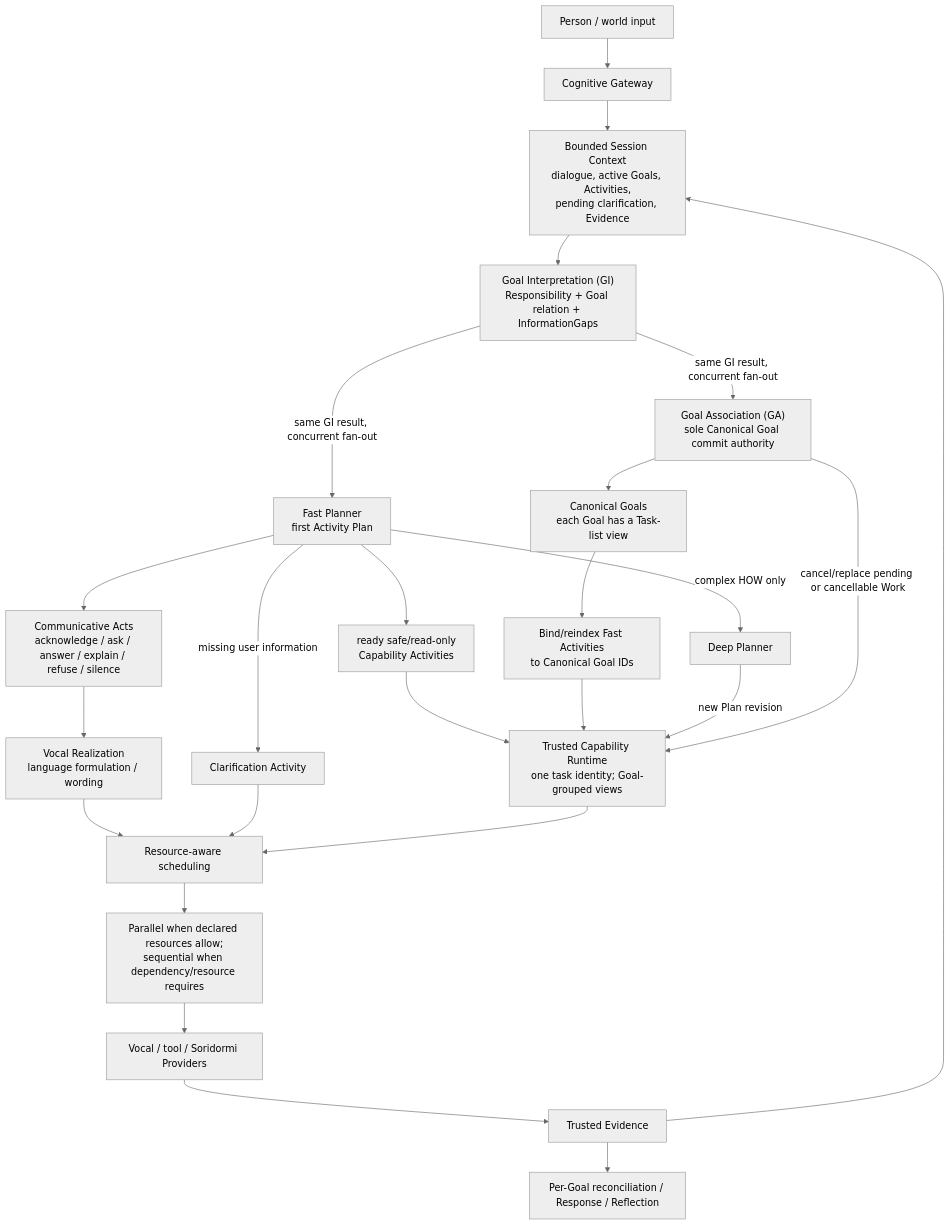
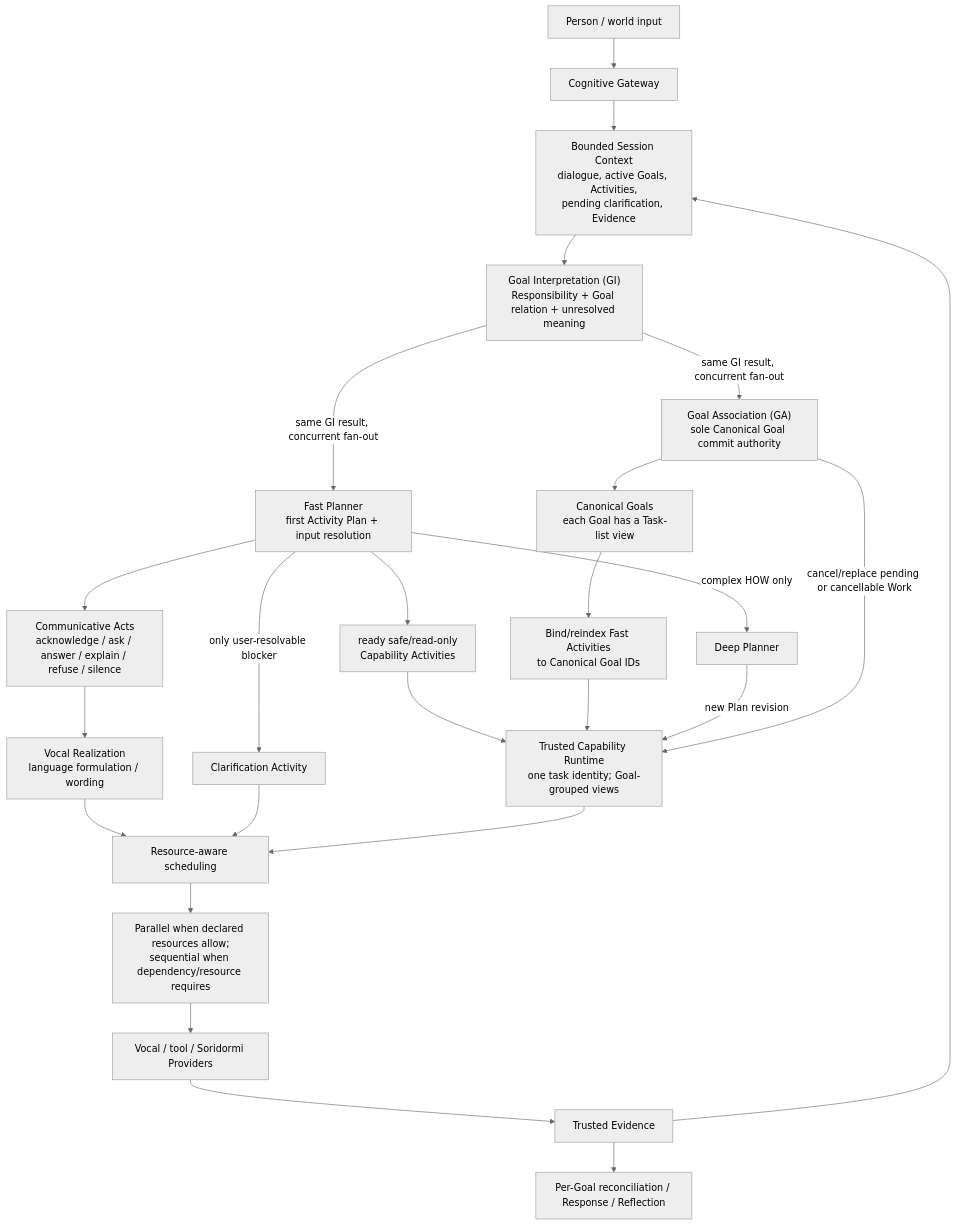
The diagram in docs/PROJECT_CHARTER.md (TimeTreker/chromie), drawn with Mermaid (neutral theme) before and after one commit. The commit also changed other lines of this file and 80 other files, not shown here.

Commit message:
move input-gap ownership to fast planner

````diff
--- a/docs/PROJECT_CHARTER.md
+++ b/docs/PROJECT_CHARTER.md
@@ -117,31 +117,31 @@
 ```mermaid
 flowchart TD
     U["Person / world input"] --> GW["Cognitive Gateway"]
     GW --> CTX["Bounded Session Context<br/>dialogue, active Goals, Activities,<br/>pending clarification, Evidence"]
-    CTX --> GI["Goal Interpretation (GI)<br/>Responsibility + Goal relation + InformationGaps"]
+    CTX --> GI["Goal Interpretation (GI)<br/>Responsibility + Goal relation + unresolved meaning"]
 
-    GI -->|"same GI result, concurrent fan-out"| FP["Fast Planner<br/>first Activity Plan"]
+    GI -->|"same GI result, concurrent fan-out"| FP["Fast Planner<br/>first Activity Plan + input resolution"]
     GI -->|"same GI result, concurrent fan-out"| GA["Goal Association (GA)<br/>sole Canonical Goal commit authority"]
 
     FP --> COMM["Communicative Acts<br/>acknowledge / ask / answer / explain / refuse / silence"]
     FP --> SAFE["ready safe/read-only<br/>Capability Activities"]
     FP -->|"complex HOW only"| DP["Deep Planner"]
-    FP -->|"missing user information"| ASK["Clarification Activity"]
+    FP -->|"only user-resolvable blocker"| ASK["Clarification Activity"]
 
     GA --> GOALS["Canonical Goals<br/>each Goal has a Task-list view"]
     GOALS --> BIND["Bind/reindex Fast Activities<br/>to Canonical Goal IDs"]
     SAFE --> TCR["Trusted Capability Runtime<br/>one task identity; Goal-grouped views"]
     BIND --> TCR
     DP -->|"new Plan revision"| TCR
     GA -->|"cancel/replace pending or cancellable Work"| TCR
 
     COMM --> WORDS["Vocal Realization<br/>language formulation / wording"]
     WORDS --> ARB["Resource-aware scheduling"]
     ASK --> ARB
     TCR --> ARB
     ARB --> PAR["Parallel when declared resources allow;<br/>sequential when dependency/resource requires"]
     PAR --> PROVIDERS["Vocal / tool / Soridormi Providers"]
     PROVIDERS --> EVIDENCE["Trusted Evidence"]
     EVIDENCE --> CTX
     EVIDENCE --> RECON["Per-Goal reconciliation / Response / Reflection"]
 ```
````
